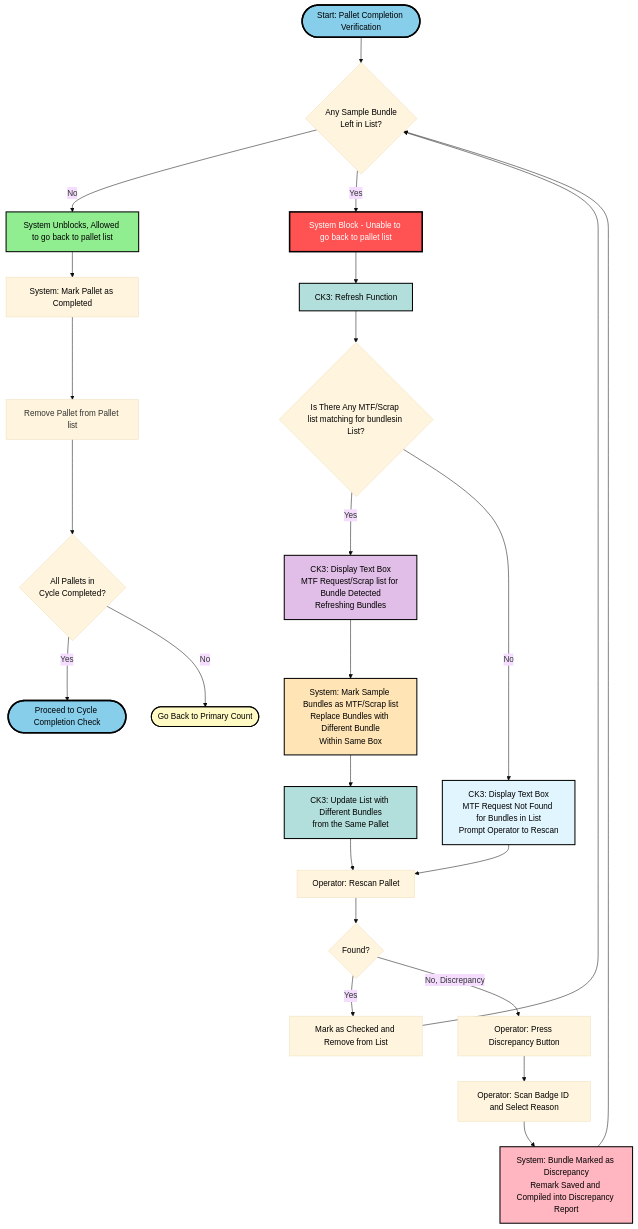
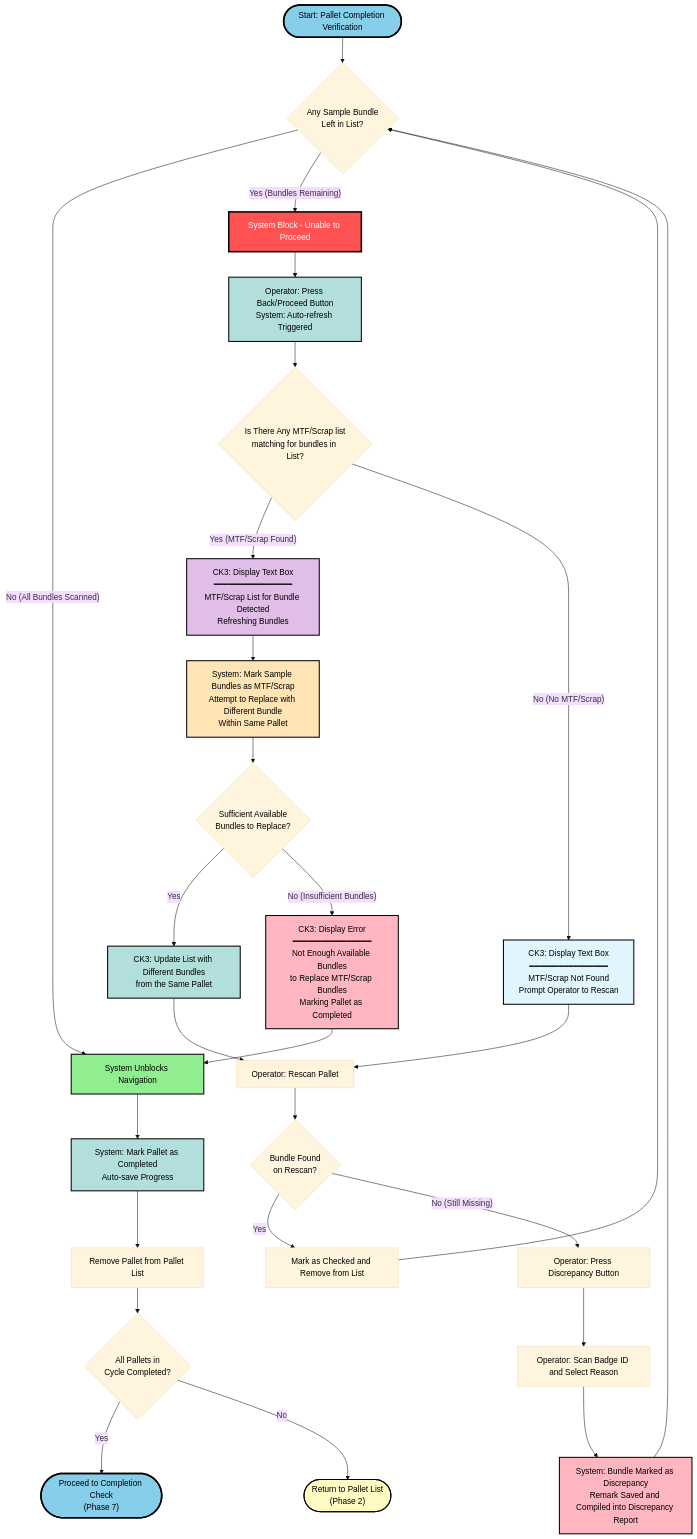
Before and after one commit to kohjs/RMC-Cycle-Count: the fifth of 8 diagrams in workflow.md, drawn with Mermaid (base theme). The commit also changed other lines of this file, not shown here.

````diff
--- a/workflow.md
+++ b/workflow.md
@@ -112,47 +159,53 @@
 ```mermaid
 flowchart TD
     Start(["Start: Pallet Completion Verification"]) --> n1{"Any Sample Bundle<br>Left in List?"}
-    n1 -- No --> n16["System Unblocks, Allowed to go back to pallet list"]
-    n1 -- Yes --> n15["System Block - Unable to go back to pallet list"]
-    n15 --> n2["CK3: Refresh Function"]
-    n2 --> n3{"Is There Any MTF/Scrap list matching for bundlesin List?"}
-    n3 -- Yes --> n4["CK3: Display Text Box<br>MTF Request/Scrap list for Bundle Detected<br>Refreshing Bundles"]
-    n4 --> n5["System: Mark Sample Bundles as MTF/Scrap list<br>Replace Bundles with Different Bundle<br>Within Same Box"]
-    n5 --> n6["CK3: Update List with Different Bundles<br>from the Same Pallet"]
+    n1 -- "No (All Bundles Scanned)" --> n16["System Unblocks Navigation"]
+    n1 -- "Yes (Bundles Remaining)" --> n15["System Block - Unable to Proceed"]
+    n15 --> n2["Operator: Press Back/Proceed Button<br>System: Auto-refresh Triggered"]
+    n2 --> n3{"Is There Any MTF/Scrap list<br>matching for bundles in List?"}
+    n3 -- "Yes (MTF/Scrap Found)" --> n4["CK3: Display Text Box<br>━━━━━━━━━━━━━━━━<br>MTF/Scrap List for Bundle Detected<br>Refreshing Bundles"]
+    n4 --> n5["System: Mark Sample Bundles as MTF/Scrap<br>Attempt to Replace with Different Bundle<br>Within Same Pallet"]
+    n5 --> n22{"Sufficient Available<br>Bundles to Replace?"}
+    n22 -- "Yes" --> n6["CK3: Update List with Different Bundles<br>from the Same Pallet"]
     n6 --> n9["Operator: Rescan Pallet"]
-    n3 -- No --> n8["CK3: Display Text Box<br>MTF Request Not Found for Bundles in List<br>Prompt Operator to Rescan"]
+    n22 -- "No (Insufficient Bundles)" --> n23["CK3: Display Error<br>━━━━━━━━━━━━━━━━<br>Not Enough Available Bundles<br>to Replace MTF/Scrap Bundles<br>Marking Pallet as Completed"]
+    n23 --> n16
+    n3 -- "No (No MTF/Scrap)" --> n8["CK3: Display Text Box<br>━━━━━━━━━━━━━━━━<br>MTF/Scrap Not Found<br>Prompt Operator to Rescan"]
     n8 --> n9
-    n9 --> n10{"Found?"}
-    n10 -- Yes --> n12["Mark as Checked and Remove from List"]
+    n9 --> n10{"Bundle Found<br>on Rescan?"}
+    n10 -- "Yes" --> n12["Mark as Checked and Remove from List"]
     n12 --> n1
-    n10 -- No, Discrepancy --> n11["Operator: Press Discrepancy Button"]
+    n10 -- "No (Still Missing)" --> n11["Operator: Press Discrepancy Button"]
     n11 --> n13["Operator: Scan Badge ID and Select Reason"]
     n13 --> n14["System: Bundle Marked as Discrepancy<br>Remark Saved and Compiled into Discrepancy Report"]
     n14 --> n1
-    n16 --> n17["System: Mark Pallet as Completed"]
-    n17 --> n21["Remove Pallet from Pallet list"]
-    n18{"All Pallets in<br>Cycle Completed?"} -- Yes --> n19(["Proceed to Cycle Completion Check"])
-    n18 -- No --> n20(["Go Back to Primary Count"])
-    n21 --> n18
+    n16 --> n17["System: Mark Pallet as Completed<br>Auto-save Progress"]
+    n17 --> n21["Remove Pallet from Pallet List"]
+    n21 --> n18{"All Pallets in<br>Cycle Completed?"}
+    n18 -- "Yes" --> n19(["Proceed to Completion Check<br>(Phase 7)"])
+    n18 -- "No" --> n20(["Return to Pallet List<br>(Phase 2)"])
 
     style Start fill:#87CEEB,stroke:#000,stroke-width:3px,color:#000
     style n1 color:#000
     style n16 fill:#90EE90,stroke:#000,stroke-width:2px,color:#000
     style n15 fill:#FF5252,stroke:#000,stroke-width:3px,color:#FFF
     style n2 fill:#B2DFDB,stroke:#000,stroke-width:2px,color:#000
     style n3 color:#000
     style n4 fill:#E1BEE7,stroke:#000,stroke-width:2px,color:#000
     style n5 fill:#FFE4B5,stroke:#000,stroke-width:2px,color:#000
+    style n22 color:#000
     style n6 fill:#B2DFDB,stroke:#000,stroke-width:2px,color:#000
+    style n23 fill:#FFB6C1,stroke:#000,stroke-width:2px,color:#000
     style n9 color:#000
     style n8 fill:#E1F5FE,stroke:#000,stroke-width:2px,color:#000
     style n10 color:#000
     style n12 color:#000
     style n11 color:#000
     style n13 color:#000
     style n14 fill:#FFB6C1,stroke:#000,stroke-width:2px,color:#000
-    style n17 color:#000
+    style n17 fill:#B2DFDB,stroke:#000,stroke-width:2px,color:#000
+    style n21 color:#000
     style n18 color:#000
     style n19 fill:#87CEEB,stroke:#000,stroke-width:3px,color:#000
     style n20 fill:#FFF9C4,stroke:#000,stroke-width:2px,color:#000
 ```
````
